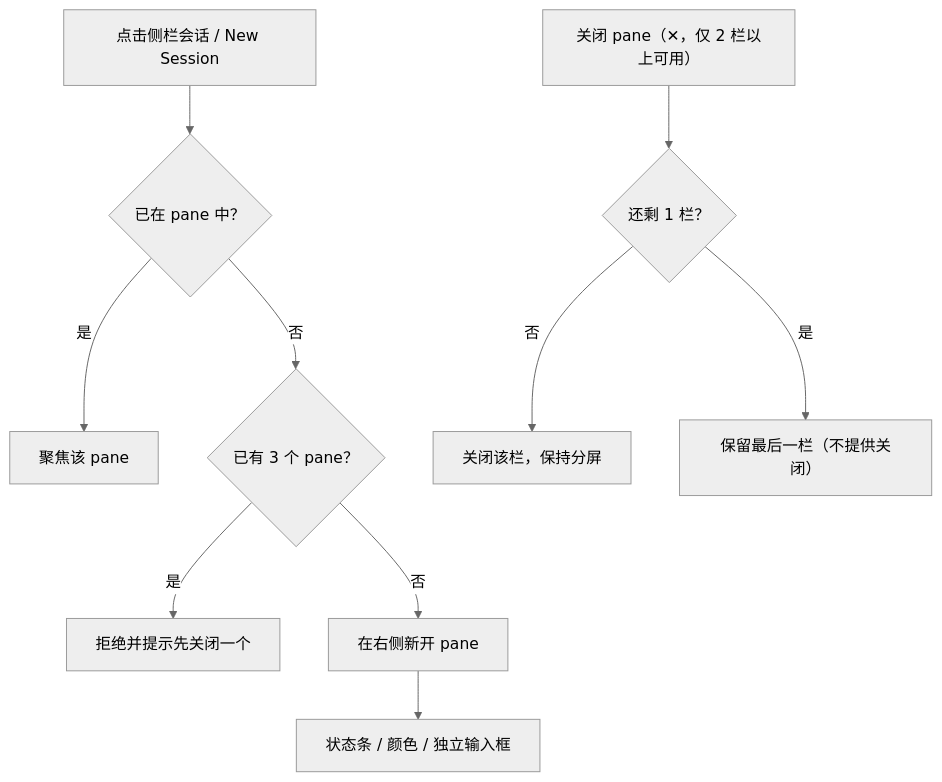
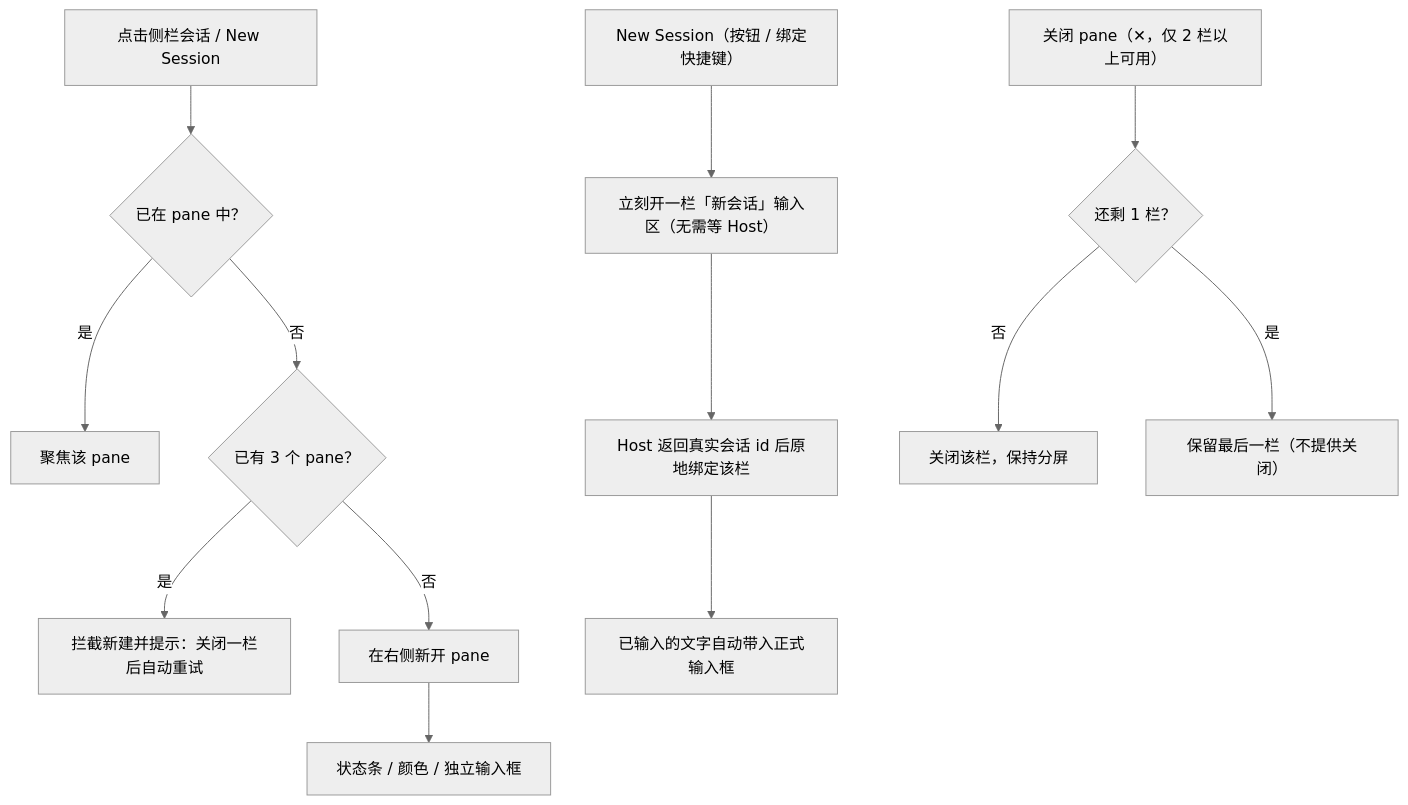
The second of 4 diagrams in README.md (HZWzzl/dsh-split-panels), drawn with Mermaid (neutral theme) before and after one commit. The commit also changed other lines of this file and 3 other files, not shown here.

````diff
--- a/README.md
+++ b/README.md
@@ -39,12 +39,15 @@
 ```mermaid
 flowchart TD
   A["点击侧栏会话 / New Session"] --> B{"已在 pane 中？"}
   B -- 是 --> C["聚焦该 pane"]
   B -- 否 --> D{"已有 3 个 pane？"}
-  D -- 是 --> E["拒绝并提示先关闭一个"]
+  D -- 是 --> E["拦截新建并提示：关闭一栏后自动重试"]
   D -- 否 --> F["在右侧新开 pane"]
   F --> G["状态条 / 颜色 / 独立输入框"]
+  N["New Session（按钮 / 绑定快捷键）"] --> P["立刻开一栏「新会话」输入区（无需等 Host）"]
+  P --> Q["Host 返回真实会话 id 后原地绑定该栏"]
+  Q --> R["已输入的文字自动带入正式输入框"]
   H["关闭 pane（✕，仅 2 栏以上可用）"] --> I{"还剩 1 栏？"}
   I -- 否 --> J["关闭该栏，保持分屏"]
   I -- 是 --> K["保留最后一栏（不提供关闭）"]
 ```
````
